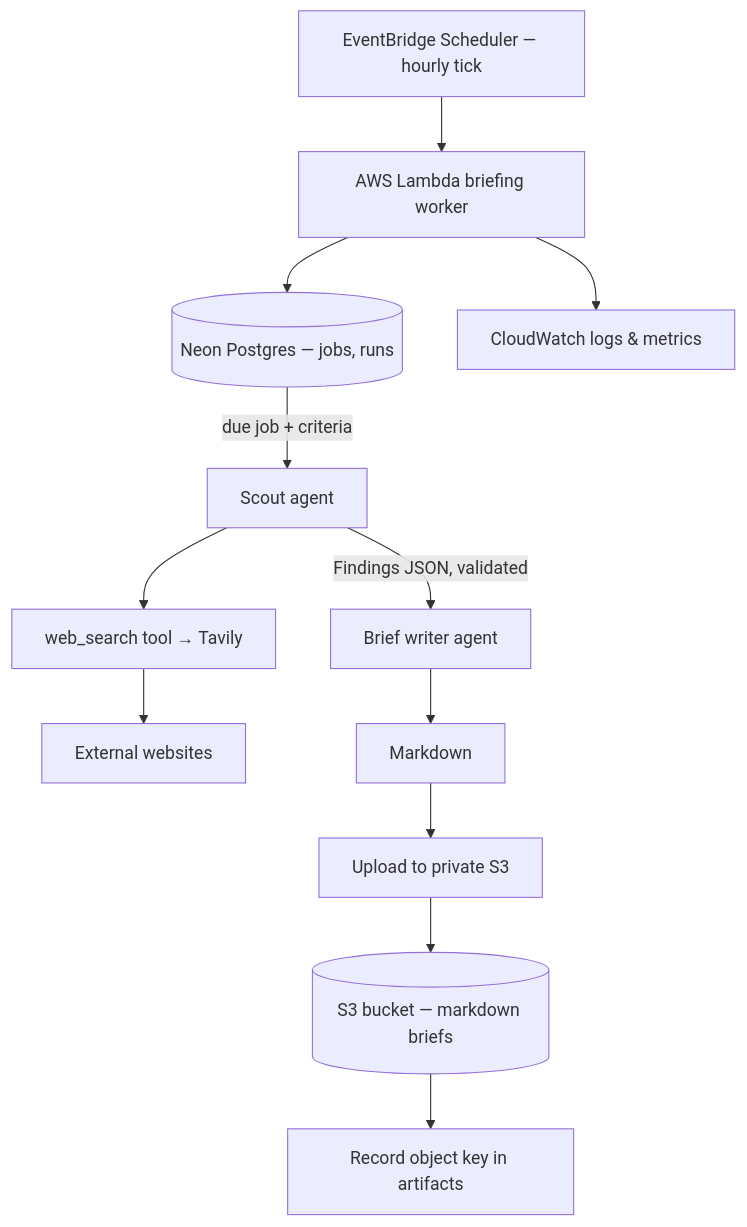
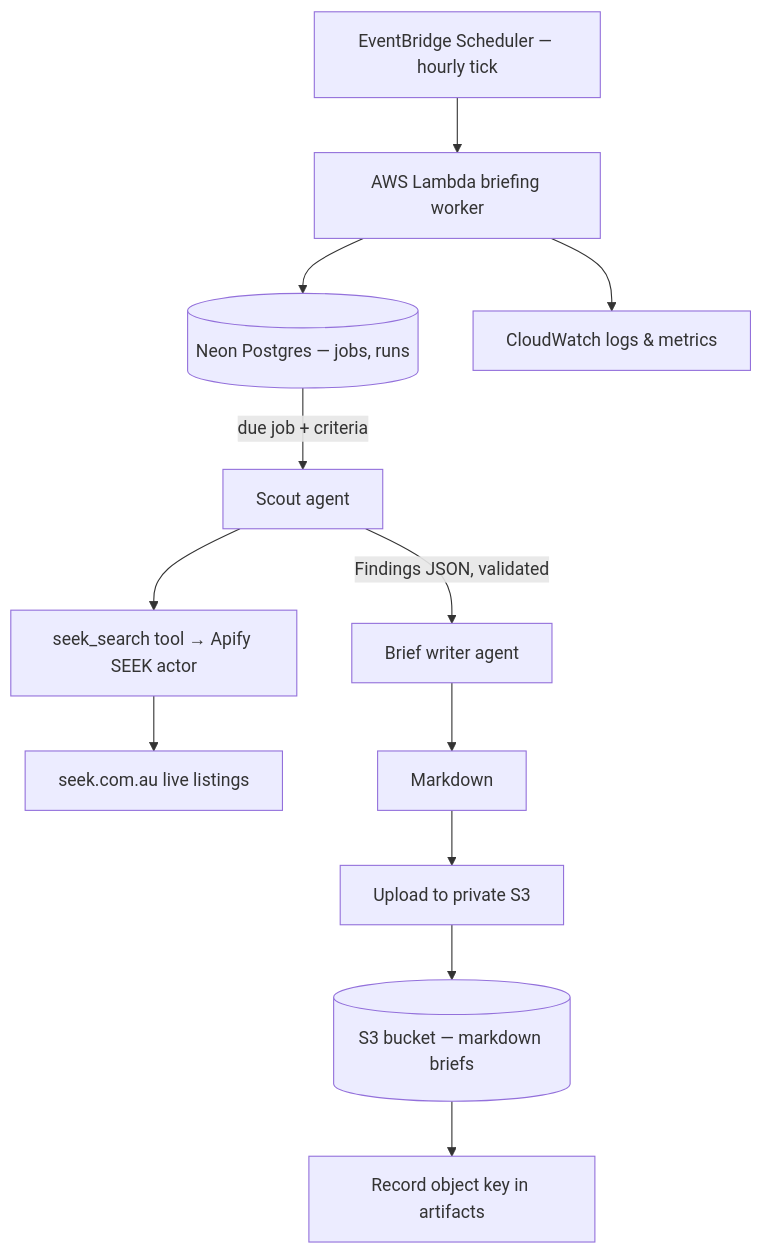
One commit to sunnyeyles/control-panel changed the first of 2 diagrams in OVERVIEW.md. Above: the diagram before and after it, drawn with Mermaid. The commit also changed other lines of this file and 21 other files, not shown here.

First line of the commit message:
Scout searches SEEK live listings instead of the web

````diff
--- a/OVERVIEW.md
+++ b/OVERVIEW.md
@@ -49,14 +51,14 @@
 ```mermaid
 flowchart TD
     E[EventBridge Scheduler — hourly tick] --> F[AWS Lambda briefing worker]
     F --> D[(Neon Postgres — jobs, runs)]
     D -->|due job + criteria| G[Scout agent]
-    G --> T[web_search tool → Tavily]
-    T --> X[External websites]
+    G --> T[seek_search tool → Apify SEEK actor]
+    T --> X[seek.com.au live listings]
     G -->|Findings JSON, validated| L[Brief writer agent]
     L --> Z[Markdown]
     Z --> U[Upload to private S3]
     U --> V[(S3 bucket — markdown briefs)]
     V --> W[Record object key in artifacts]
     F --> CW[CloudWatch logs & metrics]
 ```
````
